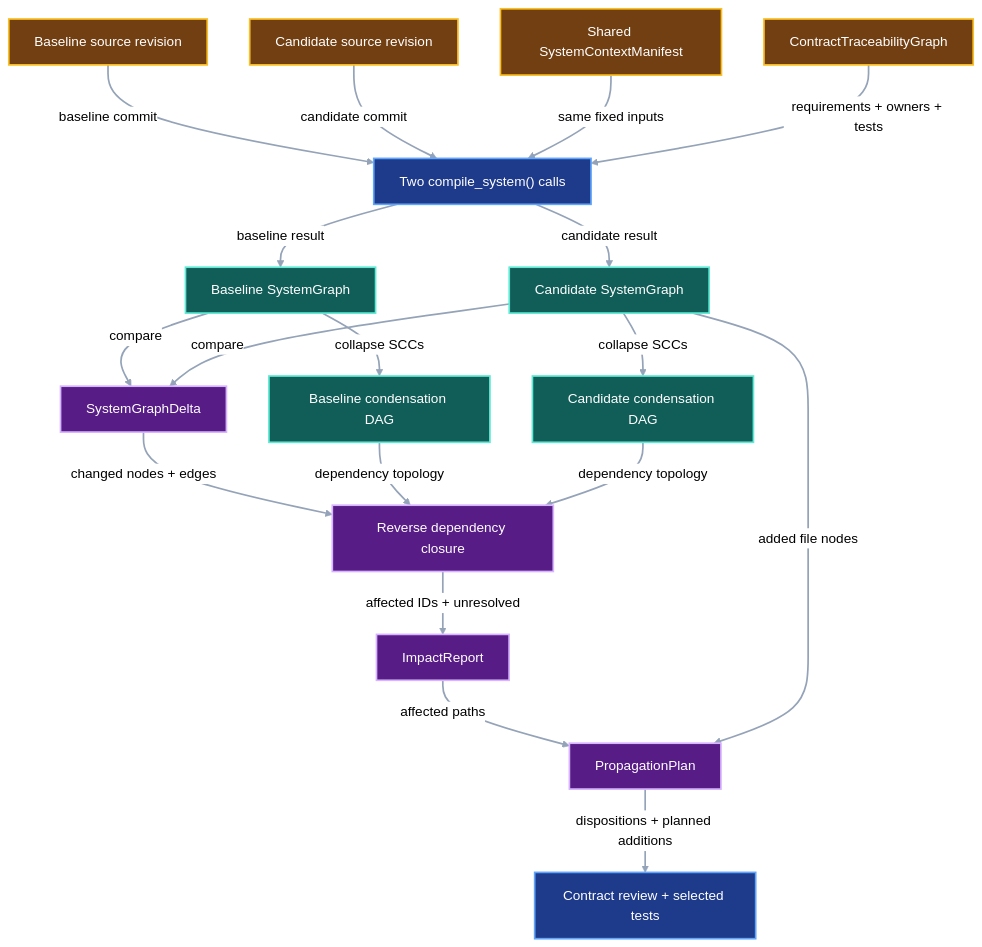
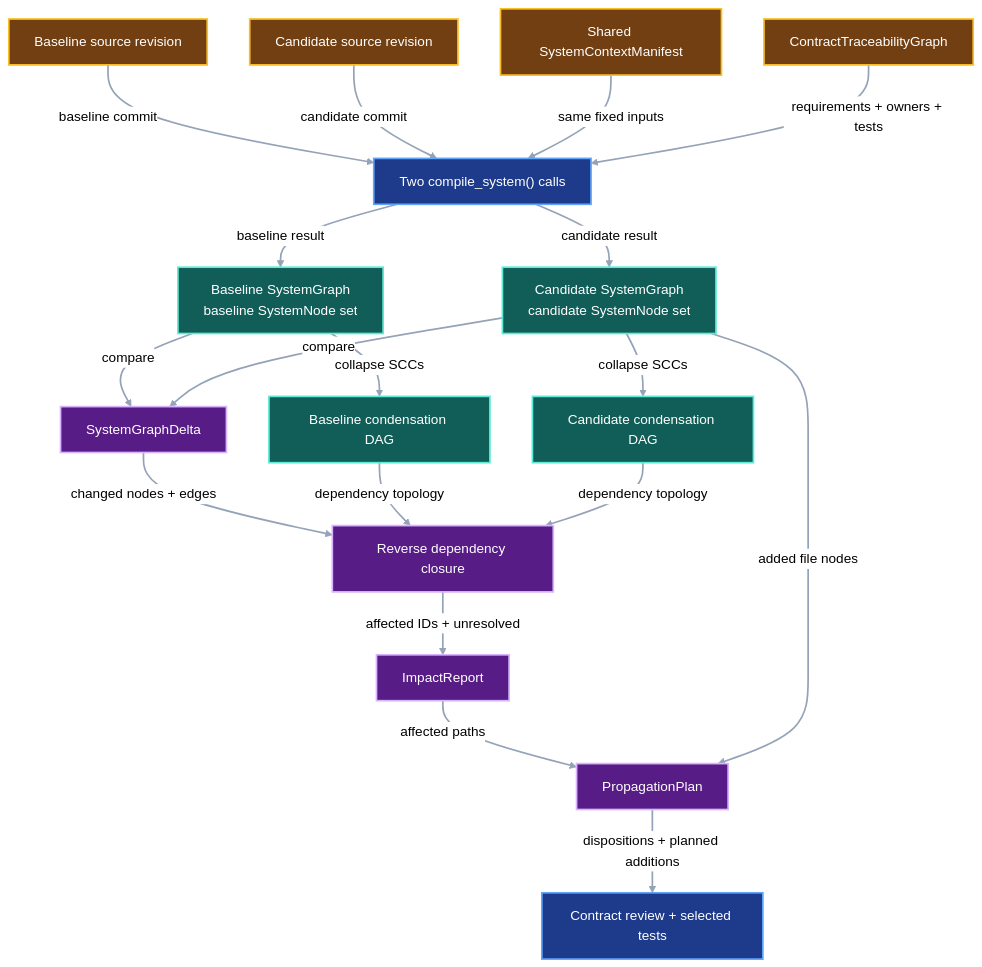
Before and after one commit to pvd232/viper: the third of 3 diagrams in docs/development/system-impact-graph.md, drawn with Mermaid (neutral theme). The commit also changed other lines of this file and 2 other files, not shown here.

Commit message:
docs: make system impact diagrams deterministic

````diff
--- a/docs/development/system-impact-graph.md
+++ b/docs/development/system-impact-graph.md
@@ -200,46 +232,46 @@
 ```mermaid
 flowchart TD
     Baseline["Baseline source revision"]
     Candidate["Candidate source revision"]
     Context["Shared SystemContextManifest"]
     Traceability["ContractTraceabilityGraph"]
     Compile["Two compile_system() calls"]
-    BaseGraph["Baseline SystemGraph"]
-    CandidateGraph["Candidate SystemGraph"]
+    BaseGraph["Baseline SystemGraph<br/>baseline SystemNode set"]
+    CandidateGraph["Candidate SystemGraph<br/>candidate SystemNode set"]
     BaseDAG["Baseline condensation DAG"]
     CandidateDAG["Candidate condensation DAG"]
     Delta["SystemGraphDelta"]
     Closure["Reverse dependency closure"]
     Report["ImpactReport"]
     Plan["PropagationPlan"]
     Review["Contract review + selected tests"]
 
     Baseline -->|"baseline commit"| Compile
     Candidate -->|"candidate commit"| Compile
     Context -->|"same fixed inputs"| Compile
     Traceability -->|"requirements + owners + tests"| Compile
     Compile -->|"baseline result"| BaseGraph
     Compile -->|"candidate result"| CandidateGraph
     BaseGraph -->|"collapse SCCs"| BaseDAG
     CandidateGraph -->|"collapse SCCs"| CandidateDAG
     BaseGraph -->|"compare"| Delta
     CandidateGraph -->|"compare"| Delta
     Delta -->|"changed nodes + edges"| Closure
     BaseDAG -->|"dependency topology"| Closure
     CandidateDAG -->|"dependency topology"| Closure
     Closure -->|"affected IDs + unresolved"| Report
     Report -->|"affected paths"| Plan
     CandidateGraph -->|"added file nodes"| Plan
     Plan -->|"dispositions + planned additions"| Review
 
     class Baseline,Candidate,Context,Traceability input
     class Compile consumer
     class BaseGraph,CandidateGraph,BaseDAG,CandidateDAG evidence
     class Delta,Closure,Report,Plan output
     class Review consumer
     classDef input fill:#713f12,stroke:#fbbf24,color:#ffffff,stroke-width:2px
     classDef evidence fill:#115e59,stroke:#5eead4,color:#ffffff,stroke-width:2px
     classDef output fill:#581c87,stroke:#d8b4fe,color:#ffffff,stroke-width:2px
     classDef consumer fill:#1e3a8a,stroke:#60a5fa,color:#ffffff,stroke-width:2px
     linkStyle default stroke:#94a3b8,stroke-width:2px
 ```
````
